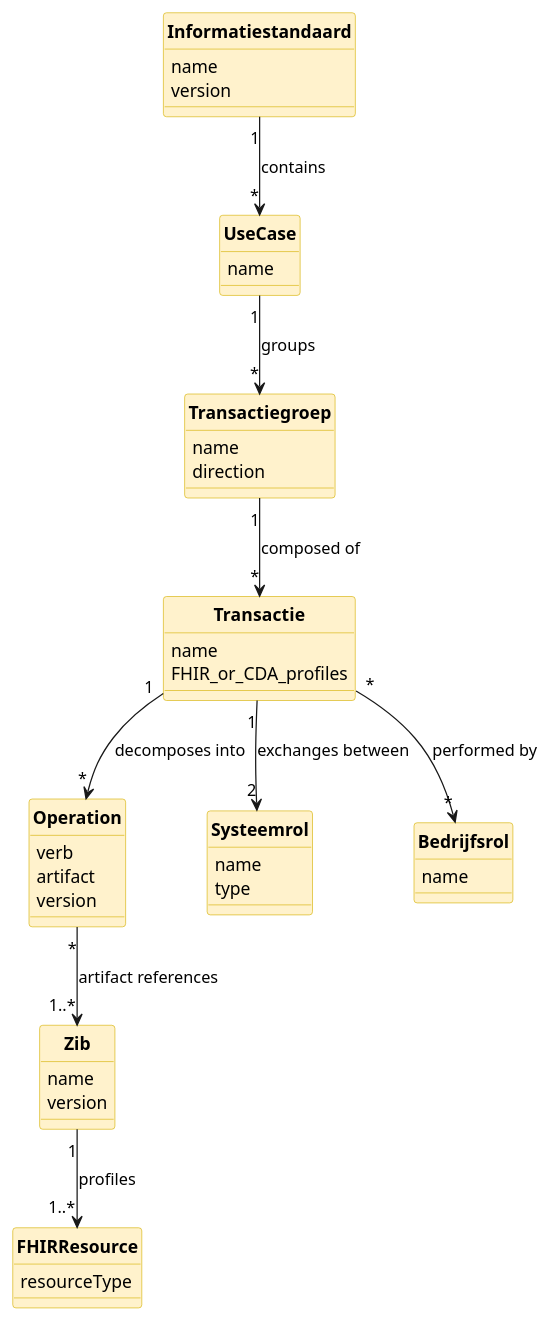
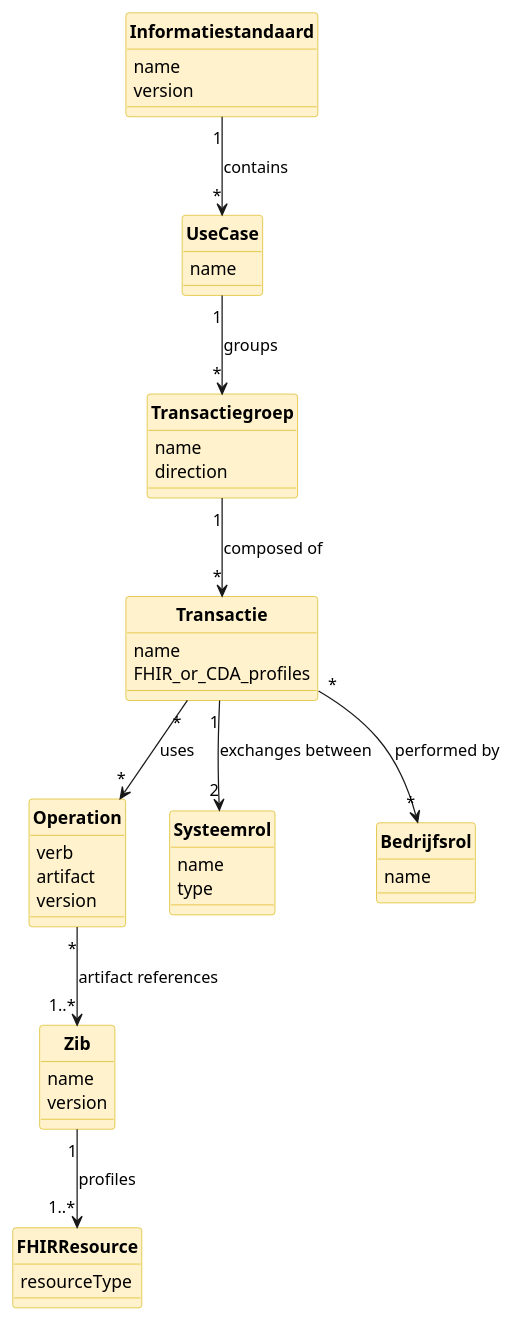
The diagram in input/images-source/authorization-model-nictiz.plantuml (nuts-foundation/nl-generic-functions-ig), drawn with PlantUML before and after one commit. The commit also changed 5 other files, not shown here.

```diff
--- a/input/images-source/authorization-model-nictiz.plantuml
+++ b/input/images-source/authorization-model-nictiz.plantuml
@@ -5,63 +5,63 @@
 @startuml authorization-model-nictiz
 
 skinparam defaultFontName Arial
 skinparam backgroundColor white
 skinparam roundcorner 5
 skinparam classBackgroundColor #FFF2CC
 skinparam classBorderColor #D6B000
 skinparam classFontStyle bold
 hide circle
 
 class Informatiestandaard {
   name
   version
 }
 
 class UseCase {
   name
 }
 
 class Transactiegroep {
   name
   direction
 }
 
 class Transactie {
   name
   FHIR_or_CDA_profiles
 }
 
 class Operation {
   verb
   artifact
   version
 }
 
 class Systeemrol {
   name
   type
 }
 
 class Bedrijfsrol {
   name
 }
 
 class Zib {
   name
   version
 }
 
 class FHIRResource {
   resourceType
 }
 
 Informatiestandaard "1" --> "*" UseCase : contains
 UseCase "1" --> "*" Transactiegroep : groups
 Transactiegroep "1" --> "*" Transactie : composed of
-Transactie "1" --> "*" Operation : decomposes into
+Transactie "*" --> "*" Operation : uses
 Transactie "1" --> "2" Systeemrol : exchanges between
 Transactie "*" --> "*" Bedrijfsrol : performed by
 Operation "*" --> "1..*" Zib : artifact references
 Zib "1" --> "1..*" FHIRResource : profiles
 
 @enduml
```
